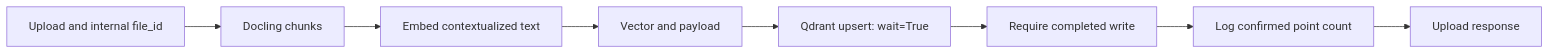
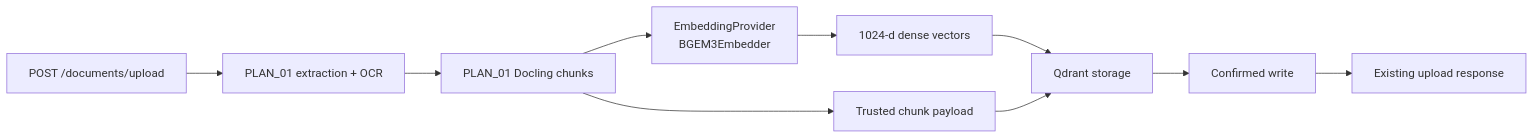
One commit to RyxnDmello/atlas changed the first of 4 diagrams in prompts/PHASE_01/PLAN_02/PHASE_01_PLAN_02.md. Above: the diagram before and after it, drawn with Mermaid. The commit also changed other lines of this file and 13 other files, not shown here.

````diff
--- a/prompts/PHASE_01/PLAN_02/PHASE_01_PLAN_02.md
+++ b/prompts/PHASE_01/PLAN_02/PHASE_01_PLAN_02.md
@@ -52,10 +68,12 @@
 ```mermaid
 flowchart LR
-    Upload["Upload and internal file_id"] --> Chunks["Docling chunks"]
-    Chunks --> Embed["Embed contextualized text"]
-    Embed --> Payload["Vector and payload"]
-    Payload --> Upsert["Qdrant upsert: wait=True"]
-    Upsert --> Confirm["Require completed write"]
-    Confirm --> Count["Log confirmed point count"]
-    Count --> Response["Upload response"]
+    Upload["POST /documents/upload"] --> Parse["PLAN_01 extraction + OCR"]
+    Parse --> Chunk["PLAN_01 Docling chunks"]
+    Chunk --> Embed["EmbeddingProvider<br/>BGEM3Embedder"]
+    Embed --> Dense["1024-d dense vectors"]
+    Dense --> Store["Qdrant storage"]
+    Chunk --> Payload["Trusted chunk payload"]
+    Payload --> Store
+    Store --> Confirm["Confirmed write"]
+    Confirm --> Response["Existing upload response"]
 ```
````
